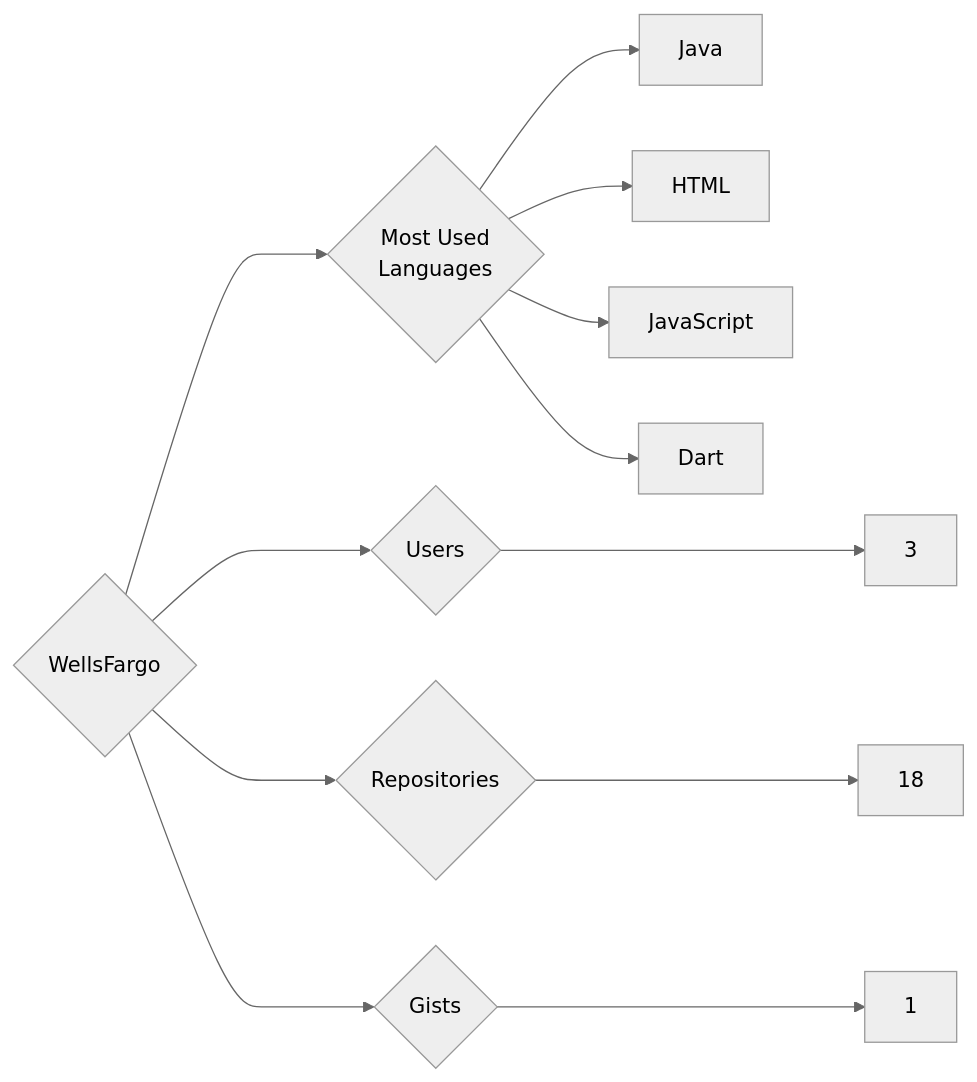
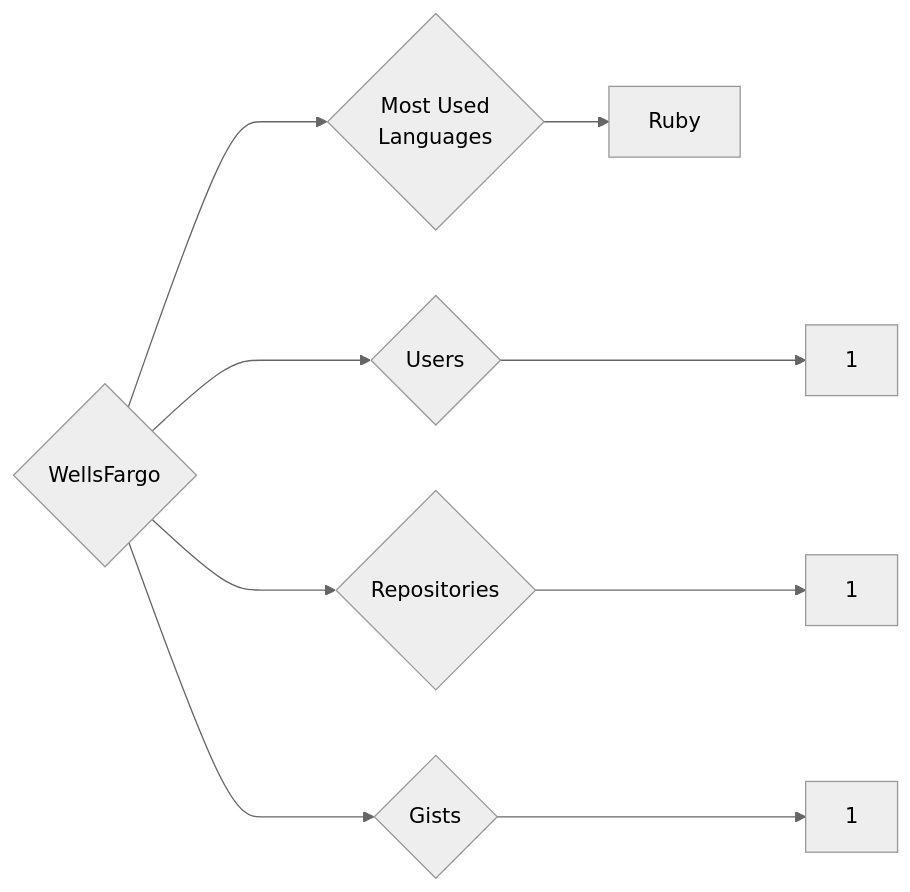
Before and after one commit to trickest/insiders: the diagram in targets/WellsFargo/README.md, drawn with Mermaid (neutral theme). The commit also changed 969 other files, not shown here.

````diff
--- a/targets/WellsFargo/README.md
+++ b/targets/WellsFargo/README.md
@@ -3,12 +3,9 @@
 ```mermaid
 graph LR
 COMPANY_NAME{WellsFargo}
-COMPANY_NAME ---> U{Users} ---> UN[3]
-COMPANY_NAME ---> R{Repositories} ---> RN[18]
+COMPANY_NAME ---> U{Users} ---> UN[1]
+COMPANY_NAME ---> R{Repositories} ---> RN[1]
 COMPANY_NAME ---> G{Gists} ---> GN[1]
 COMPANY_NAME ---> ML{Most Used<br>Languages}
-ML --> Java[Java]
-ML --> HTML[HTML]
-ML --> JavaScript[JavaScript]
-ML --> Dart[Dart]
+ML --> Ruby[Ruby]
 ```
````
